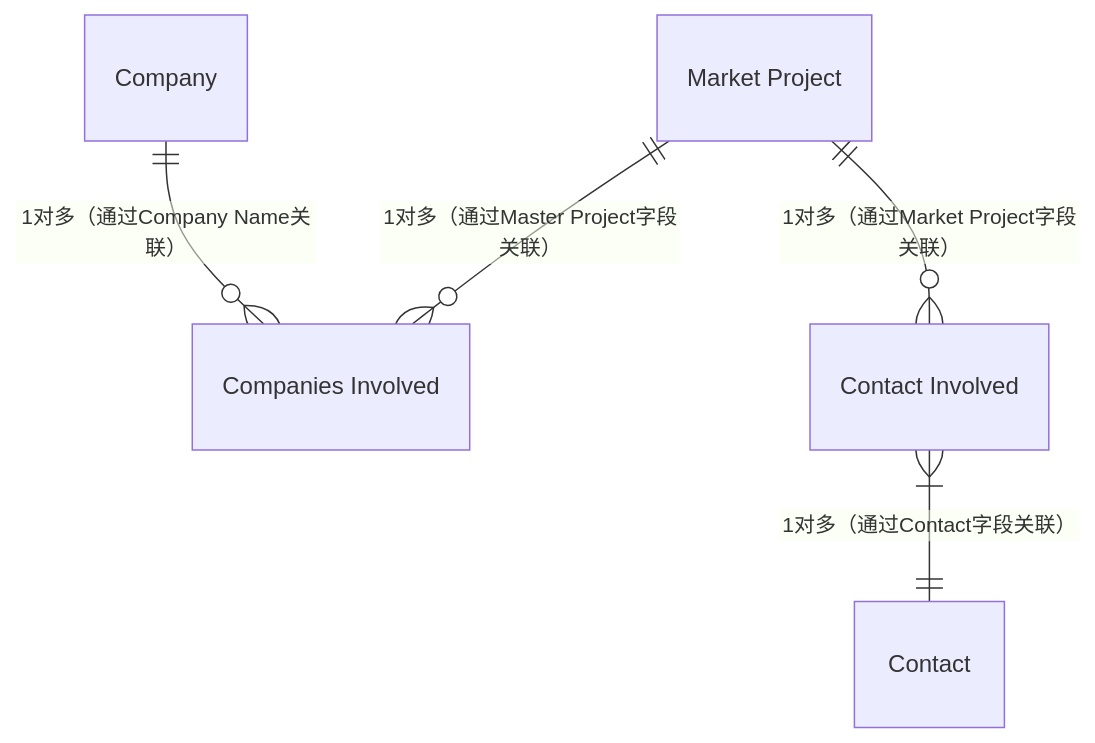
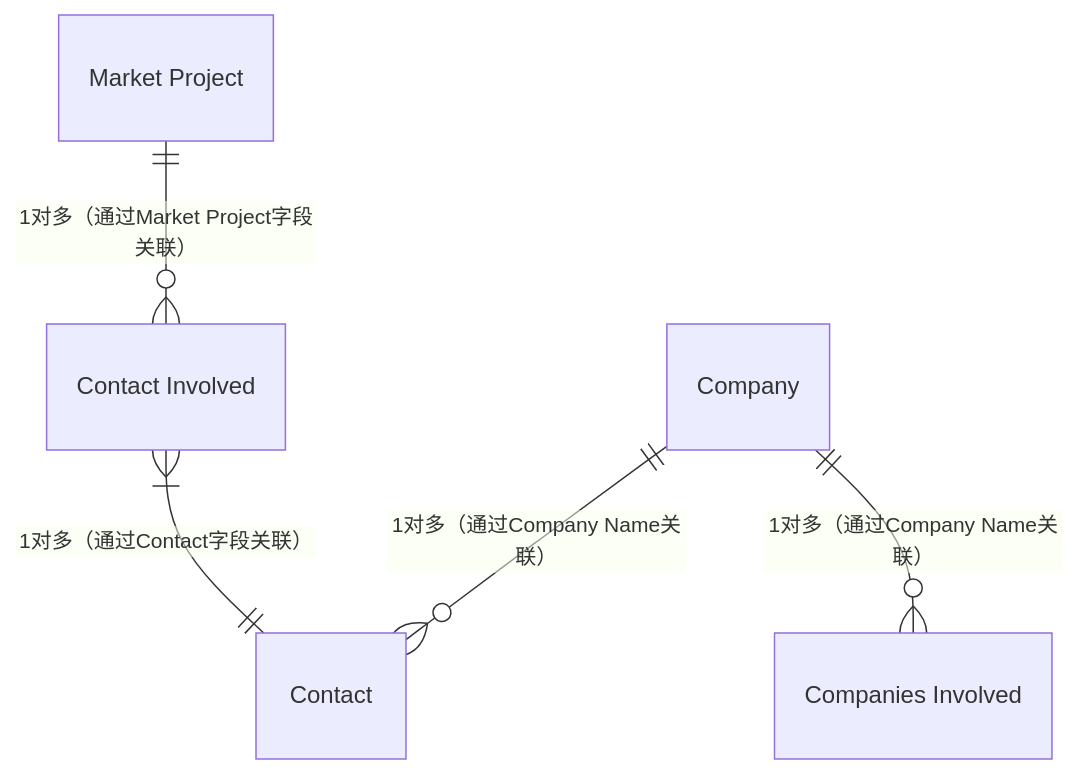
One commit to zhangziru-33/iodraw-files changed the diagram in all/Norden数据E-R图(7个对象，+contact).md. Above: the diagram before and after it, drawn with Mermaid.

Commit message:
2025-12-04 14:12:21 update

````diff
--- a/all/Norden数据E-R图(7个对象，+contact).md
+++ b/all/Norden数据E-R图(7个对象，+contact).md
@@ -1,20 +1,20 @@
 ```mermaid
 erDiagram
     
     %% Company ||--o{ "PV Product" : "1对多（通过Company字段关联）"
     
    
-    "Market Project" ||--o{ "Companies Involved" : "1对多（通过Master Project字段关联）"
+   
     
     "Market Project" ||--o{ "Contact Involved" : "1对多（通过Market Project字段关联）"
     
     "Contact Involved" }|--|| "Contact" : "1对多（通过Contact字段关联）"
-    
+    Company ||--o{ "Contact" : "1对多（通过Company Name关联）"
     Company ||--o{ "Companies Involved" : "1对多（通过Company Name关联）"
     
 
     %% "Market Project" ||--o{ "MP Product" : "1对多（通过Market Project字段关联）"
     %% "MP Product" }|--|| "PV Product" : "多对1（通过产品参数关联，如Frame Material）"
    
     %% Contact ||--o{ "Conatct Involved" : "1对多（通过Conatct字段关联）"
 ```
````
